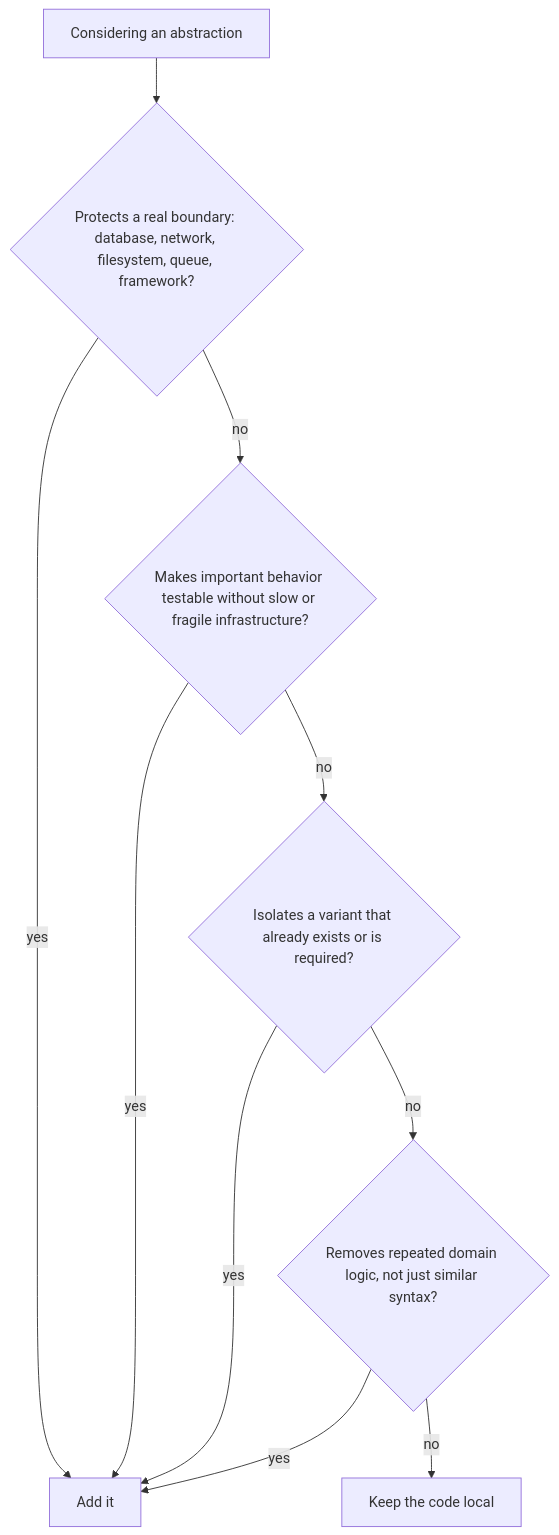
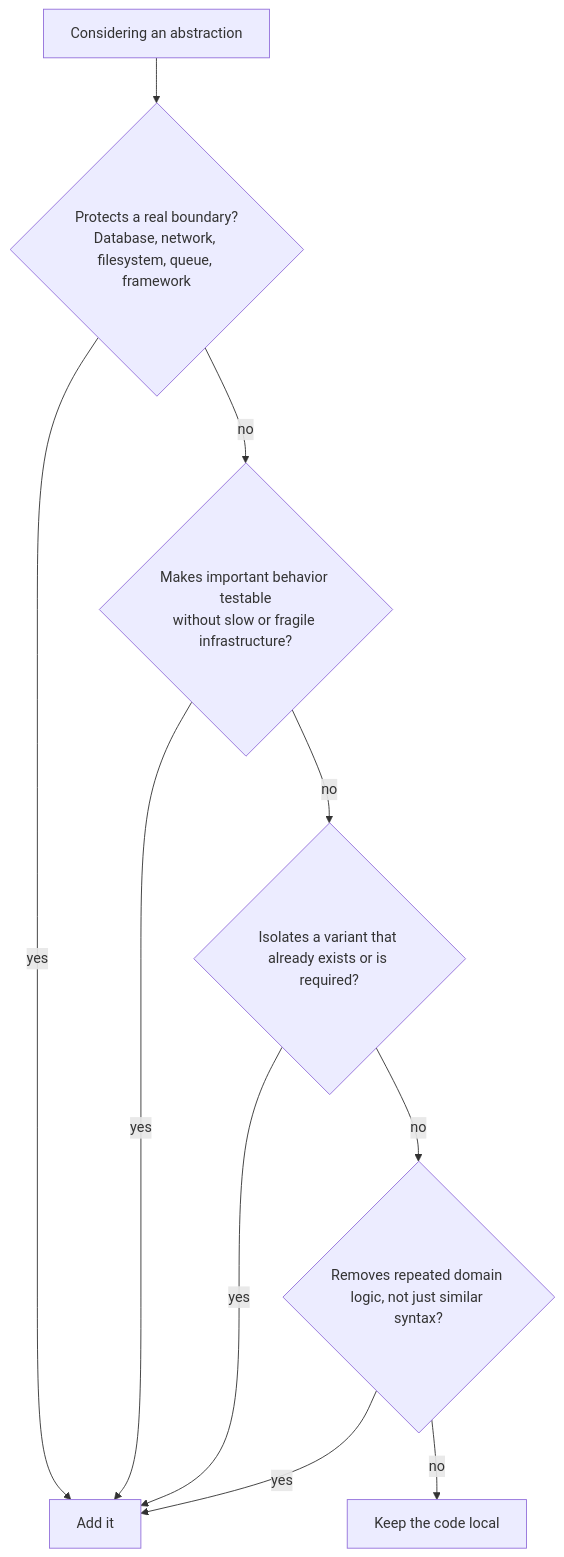
Before and after one commit to alonsovndev/engineering-handbook: the diagram in docs/architecture/design-principles.md, drawn with Mermaid. The commit also changed 5 other files, not shown here.

First line of the commit message:
docs(architecture): add documenting architecture page with C4 (#9)

````diff
--- a/docs/architecture/design-principles.md
+++ b/docs/architecture/design-principles.md
@@ -116,12 +116,12 @@
 ```mermaid
 flowchart TD
-  start[Considering an abstraction] --> boundary{Protects a real boundary: database, network, filesystem, queue, framework?}
+  start[Considering an abstraction] --> boundary{"Protects a real boundary?<br/>Database, network, filesystem, queue, framework"}
   boundary -- yes --> add[Add it]
-  boundary -- no --> testable{Makes important behavior testable without slow or fragile infrastructure?}
+  boundary -- no --> testable{"Makes important behavior testable<br/>without slow or fragile infrastructure?"}
   testable -- yes --> add
   testable -- no --> variants{Isolates a variant that already exists or is required?}
   variants -- yes --> add
   variants -- no --> repeated{Removes repeated domain logic, not just similar syntax?}
   repeated -- yes --> add
   repeated -- no --> local[Keep the code local]
 ```
````
